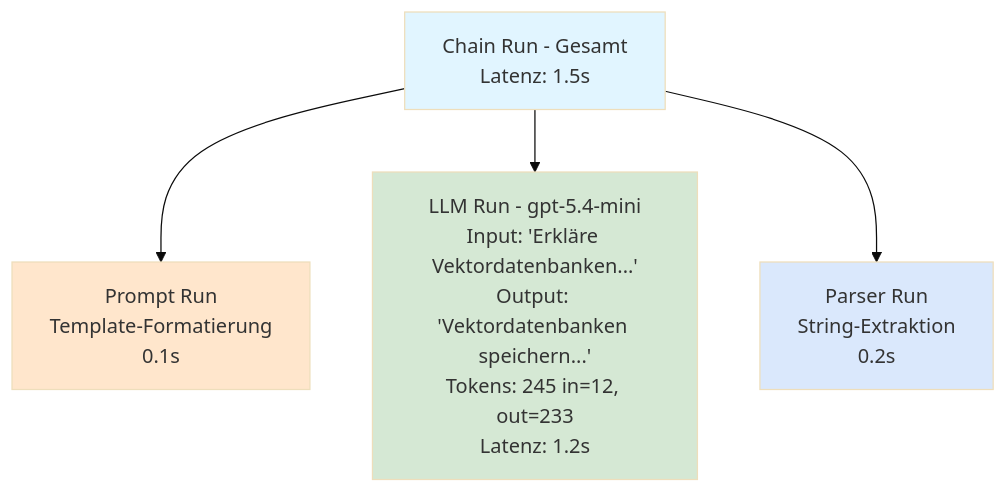
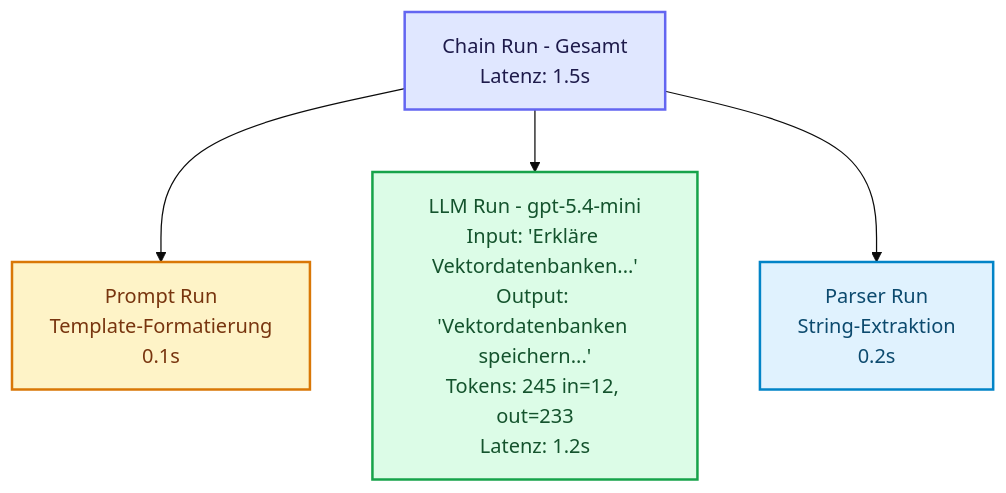
The third of 5 diagrams in docs/05-frameworks/einsteiger-langsmith.md (ralf-42/Agenten), drawn with Mermaid (base theme) before and after one commit. The commit also changed other lines of this file and 15 other files, not shown here.

````diff
--- a/docs/05-frameworks/einsteiger-langsmith.md
+++ b/docs/05-frameworks/einsteiger-langsmith.md
@@ -243,16 +244,19 @@
 ```mermaid
 graph TB
     CHAIN[Chain Run - Gesamt<br/>Latenz: 1.5s]
     PROMPT[Prompt Run<br/>Template-Formatierung<br/>0.1s]
     LLM[LLM Run - gpt-5.4-mini<br/>Input: 'Erkläre Vektordatenbanken...'<br/>Output: 'Vektordatenbanken speichern...'<br/>Tokens: 245 in=12, out=233<br/>Latenz: 1.2s]
     PARSER[Parser Run<br/>String-Extraktion<br/>0.2s]
 
     CHAIN --> PROMPT
     CHAIN --> LLM
     CHAIN --> PARSER
 
-    style CHAIN fill:#e1f5ff
-    style PROMPT fill:#ffe6cc
-    style LLM fill:#d5e8d4
-    style PARSER fill:#dae8fc
+    classDef default fill:#e0f2fe,stroke:#0284c7,stroke-width:2px,color:#0c4a6e;
+    classDef input fill:#e0e7ff,stroke:#6366f1,stroke-width:2px,color:#1e1b4b;
+    classDef metric fill:#fef3c7,stroke:#d97706,stroke-width:2px,color:#78350f;
+    classDef output fill:#dcfce7,stroke:#16a34a,stroke-width:2px,color:#14532d;
+    class CHAIN input;
+    class PROMPT metric;
+    class LLM output;
 ```
````
